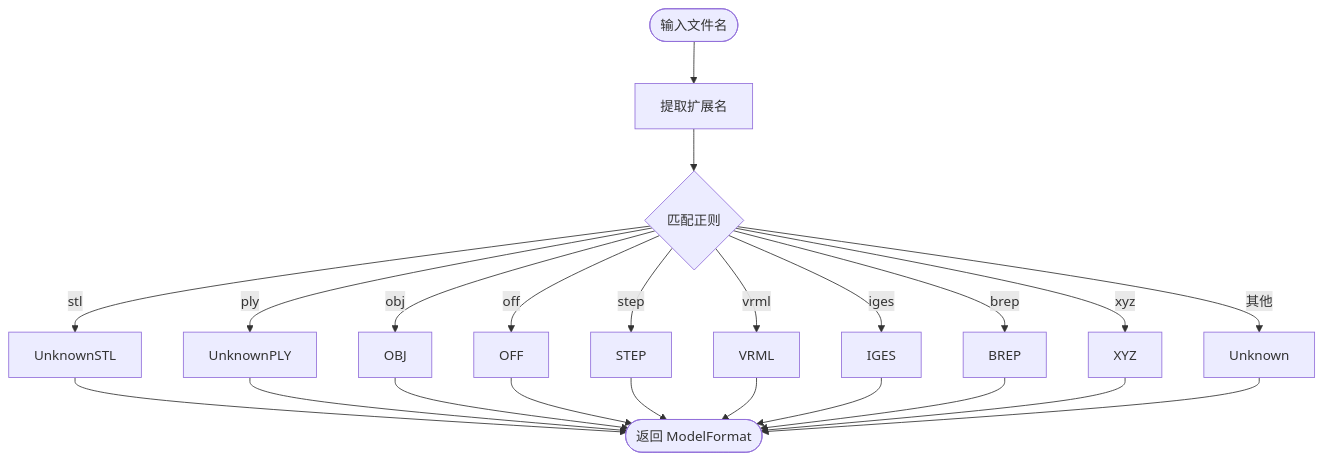
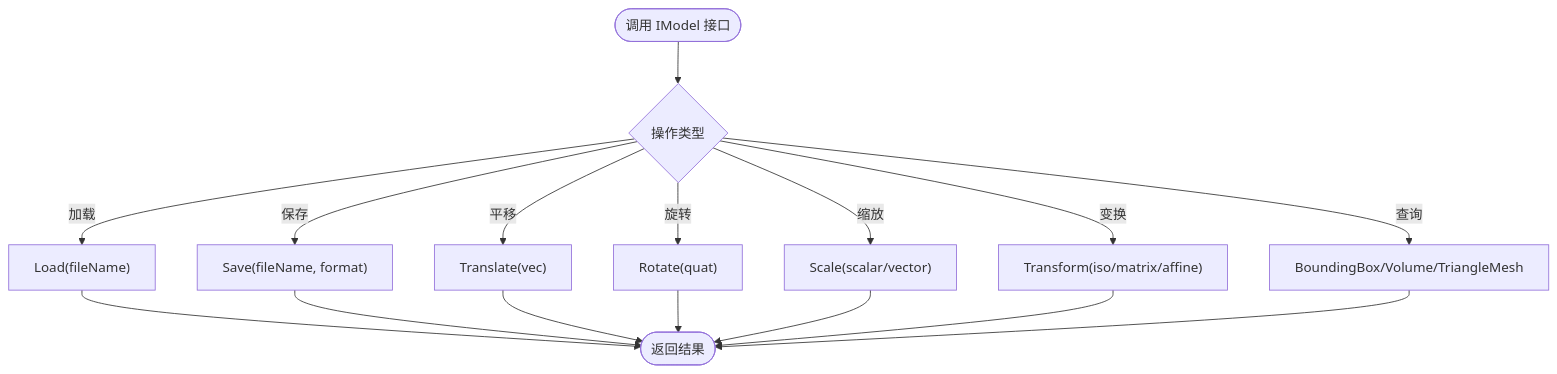
The third of 12 diagrams in .qoder/repowiki/zh/content/核心概念/模型抽象接口/模型抽象接口.md (hsmbanlance/HsBaSlicer), drawn with Mermaid before and after one commit. The commit also changed other lines of this file and 1135 other files, not shown here.

````diff
--- a/.qoder/repowiki/zh/content/核心概念/模型抽象接口/模型抽象接口.md
+++ b/.qoder/repowiki/zh/content/核心概念/模型抽象接口/模型抽象接口.md
@@ -192,25 +133,18 @@
 ```mermaid
 flowchart TD
-Start(["输入文件名"]) --> Ext["提取扩展名"]
-Ext --> Match{"匹配正则"}
-Match --> |stl| STL["UnknownSTL"]
-Match --> |ply| PLY["UnknownPLY"]
-Match --> |obj| OBJ["OBJ"]
-Match --> |off| OFF["OFF"]
-Match --> |step| STEP["STEP"]
-Match --> |vrml| VRML["VRML"]
-Match --> |iges| IGES["IGES"]
-Match --> |brep| BREP["BREP"]
-Match --> |xyz| XYZ["XYZ"]
-Match --> |其他| Unknown["Unknown"]
-STL --> End(["返回 ModelFormat"])
-PLY --> End
-OBJ --> End
-OFF --> End
-STEP --> End
-VRML --> End
-IGES --> End
-BREP --> End
-XYZ --> End
-Unknown --> End
+Start(["调用 IModel 接口"]) --> Op{"操作类型"}
+Op --> |加载| Load["Load(fileName)"]
+Op --> |保存| Save["Save(fileName, format)"]
+Op --> |平移| T["Translate(vec)"]
+Op --> |旋转| R["Rotate(quat)"]
+Op --> |缩放| S["Scale(scalar/vector)"]
+Op --> |变换| X["Transform(iso/matrix/affine)"]
+Op --> |查询| Q["BoundingBox/Volume/TriangleMesh"]
+Load --> End(["返回结果"])
+Save --> End
+T --> End
+R --> End
+S --> End
+X --> End
+Q --> End
 ```
````
